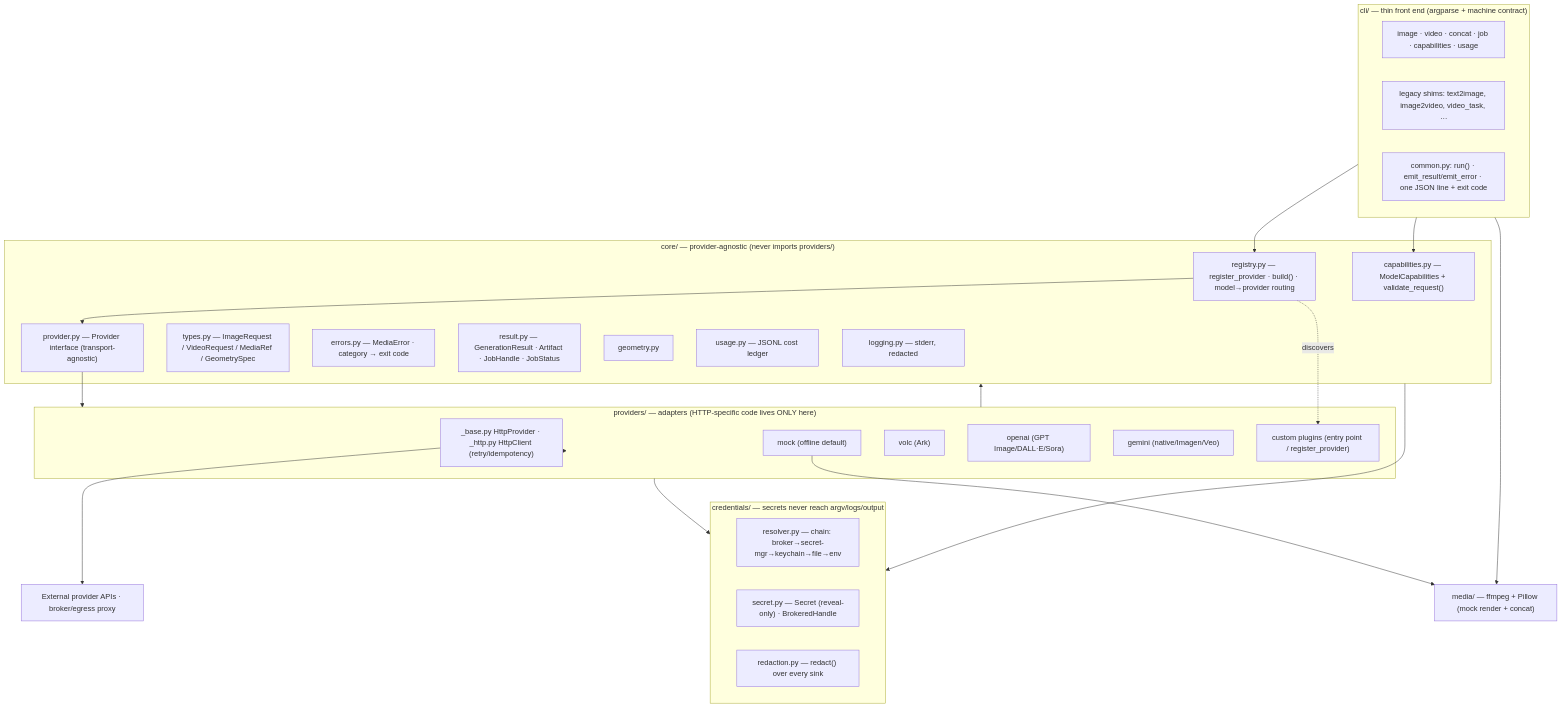
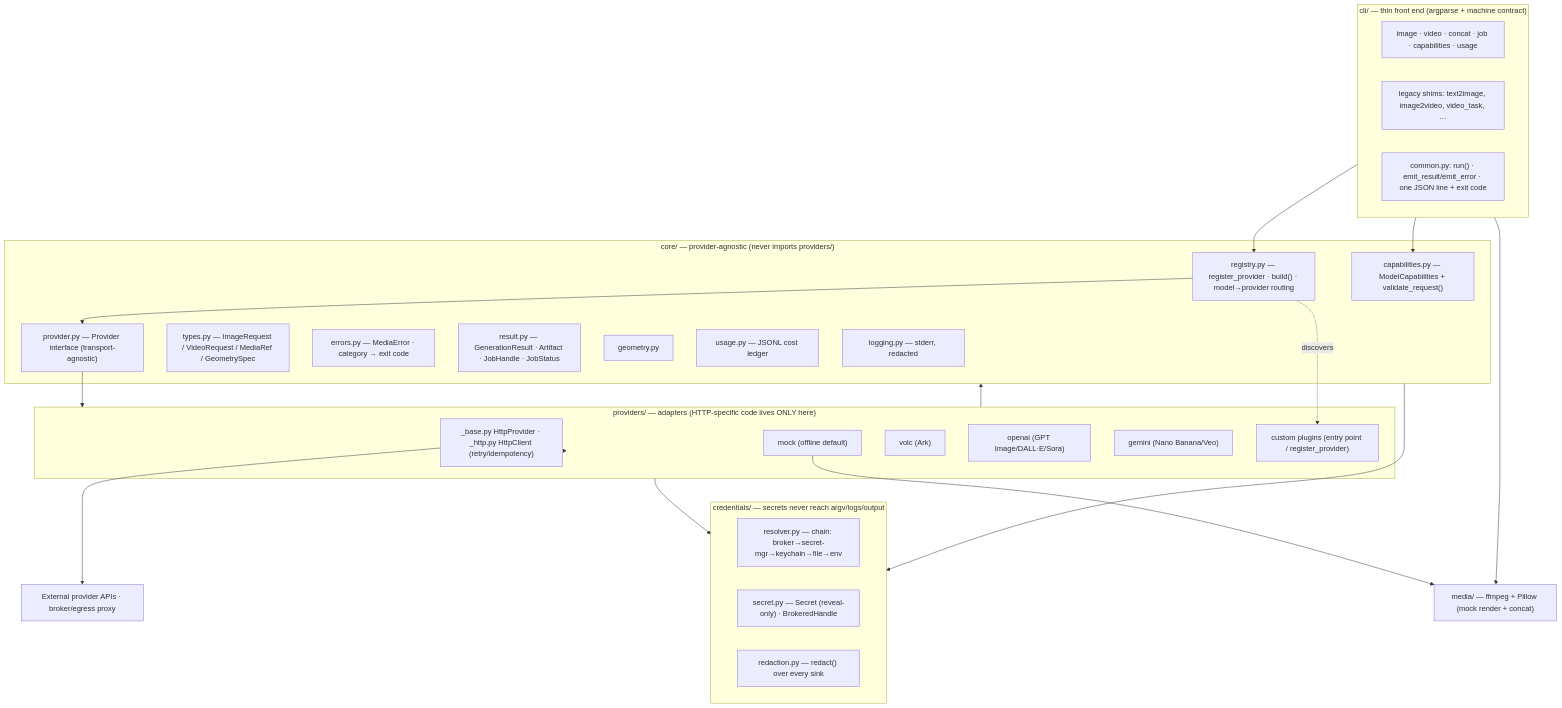
Before and after one commit to BrandoZhang/media-ai: the first of 2 diagrams in docs/ARCHITECTURE.md, drawn with Mermaid. The commit also changed 6 other files, not shown here.

First line of the commit message:
Drop deprecated Imagen support from the Gemini backend

````diff
--- a/docs/ARCHITECTURE.md
+++ b/docs/ARCHITECTURE.md
@@ -11,51 +11,51 @@
 ```mermaid
 flowchart TB
     subgraph CLI["cli/ — thin front end (argparse + machine contract)"]
         C1["image · video · concat · job · capabilities · usage"]
         C2["legacy shims: text2image, image2video, video_task, …"]
         C3["common.py: run() · emit_result/emit_error · one JSON line + exit code"]
     end
 
     subgraph CORE["core/ — provider-agnostic (never imports providers/)"]
         R["registry.py — register_provider · build() · model→provider routing"]
         P["provider.py — Provider interface (transport-agnostic)"]
         T["types.py — ImageRequest / VideoRequest / MediaRef / GeometrySpec"]
         CAP["capabilities.py — ModelCapabilities + validate_request()"]
         ERR["errors.py — MediaError · category → exit code"]
         RES["result.py — GenerationResult · Artifact · JobHandle · JobStatus"]
         GEO["geometry.py"]
         USG["usage.py — JSONL cost ledger"]
         LOG["logging.py — stderr, redacted"]
     end
 
     subgraph CRED["credentials/ — secrets never reach argv/logs/output"]
         RSV["resolver.py — chain: broker→secret-mgr→keychain→file→env"]
         SEC["secret.py — Secret (reveal-only) · BrokeredHandle"]
         RED["redaction.py — redact() over every sink"]
     end
 
     subgraph PROV["providers/ — adapters (HTTP-specific code lives ONLY here)"]
         BASE["_base.py HttpProvider · _http.py HttpClient (retry/idempotency)"]
         MOCK["mock (offline default)"]
         VOLC["volc (Ark)"]
         OAI["openai (GPT Image/DALL·E/Sora)"]
-        GEM["gemini (native/Imagen/Veo)"]
+        GEM["gemini (Nano Banana/Veo)"]
         EXT["custom plugins (entry point / register_provider)"]
     end
 
     MEDIA["media/ — ffmpeg + Pillow (mock render + concat)"]
     EXTAPI["External provider APIs · broker/egress proxy"]
 
     CLI --> R
     CLI --> CAP
     R --> P
     R -.discovers.-> EXT
     P --> PROV
     PROV --> BASE
     PROV --> CORE
     PROV --> CRED
     BASE --> EXTAPI
     MOCK --> MEDIA
     CLI --> MEDIA
     CORE --> CRED
 ```
````
